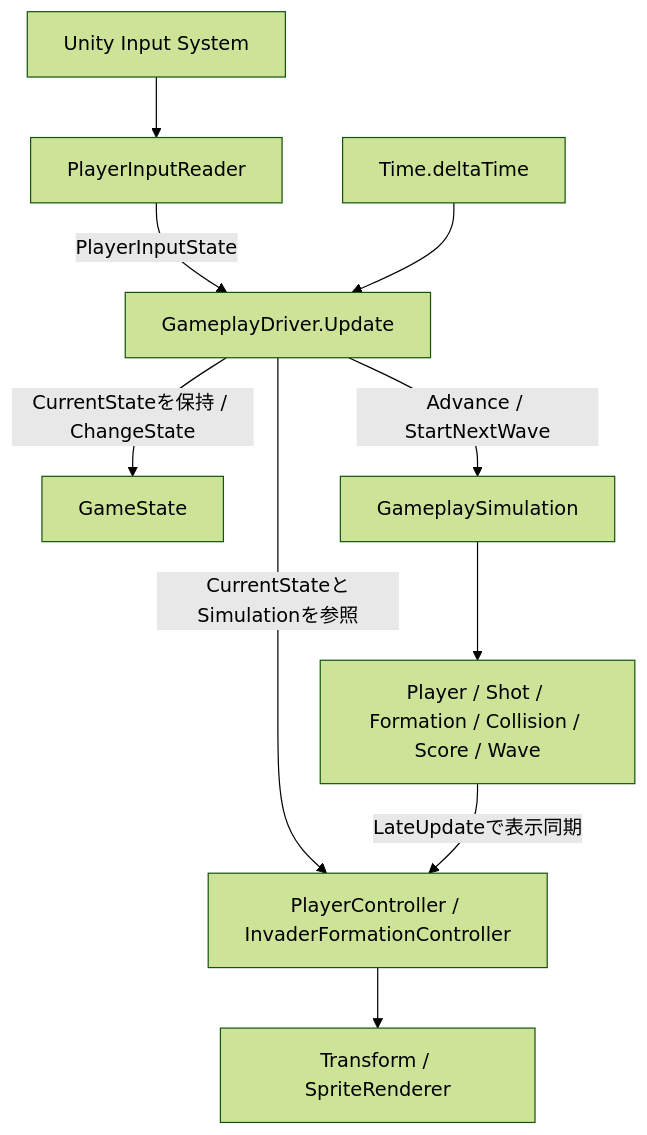
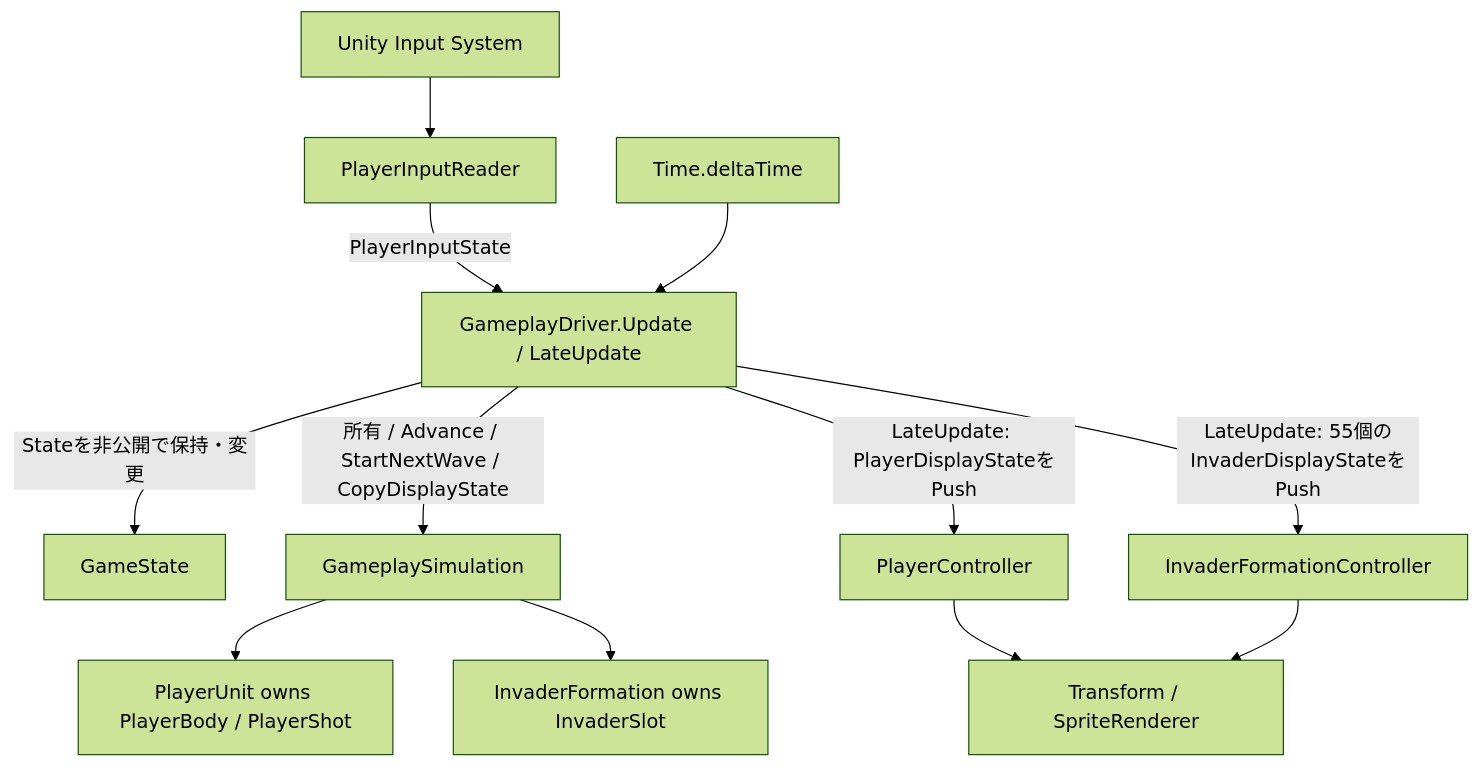
Before and after one commit to urahimono/Unity_Invader: the diagram in docs/ARCHITECTURE.md, drawn with Mermaid (forest theme). The commit also changed other lines of this file and 32 other files, not shown here.

````diff
--- a/docs/ARCHITECTURE.md
+++ b/docs/ARCHITECTURE.md
@@ -41,12 +41,14 @@
 ```mermaid
 flowchart TD
     Input[Unity Input System] --> Reader[PlayerInputReader]
-    Reader -->|PlayerInputState| Driver[GameplayDriver.Update]
+    Reader -->|PlayerInputState| Driver[GameplayDriver.Update / LateUpdate]
     Time[Time.deltaTime] --> Driver
-    Driver -->|CurrentStateを保持 / ChangeState| State[GameState]
-    Driver -->|Advance / StartNextWave| Sim[GameplaySimulation]
-    Sim --> Models[Player / Shot / Formation / Collision / Score / Wave]
-    Driver -->|CurrentStateとSimulationを参照| Views[PlayerController / InvaderFormationController]
-    Models -->|LateUpdateで表示同期| Views
-    Views --> Output[Transform / SpriteRenderer]
+    Driver -->|Stateを非公開で保持・変更| State[GameState]
+    Driver -->|所有 / Advance / StartNextWave / CopyDisplayState| Sim[GameplaySimulation]
+    Sim --> Unit[PlayerUnit owns PlayerBody / PlayerShot]
+    Sim --> Formation[InvaderFormation owns InvaderSlot]
+    Driver -->|LateUpdate: PlayerDisplayStateをPush| PlayerView[PlayerController]
+    Driver -->|LateUpdate: 55個のInvaderDisplayStateをPush| FormationView[InvaderFormationController]
+    PlayerView --> Output[Transform / SpriteRenderer]
+    FormationView --> Output
 ```
````
